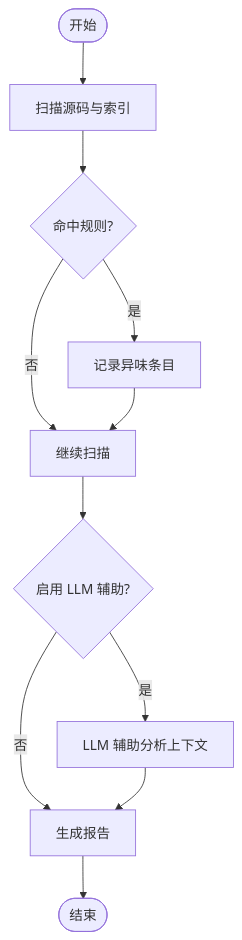
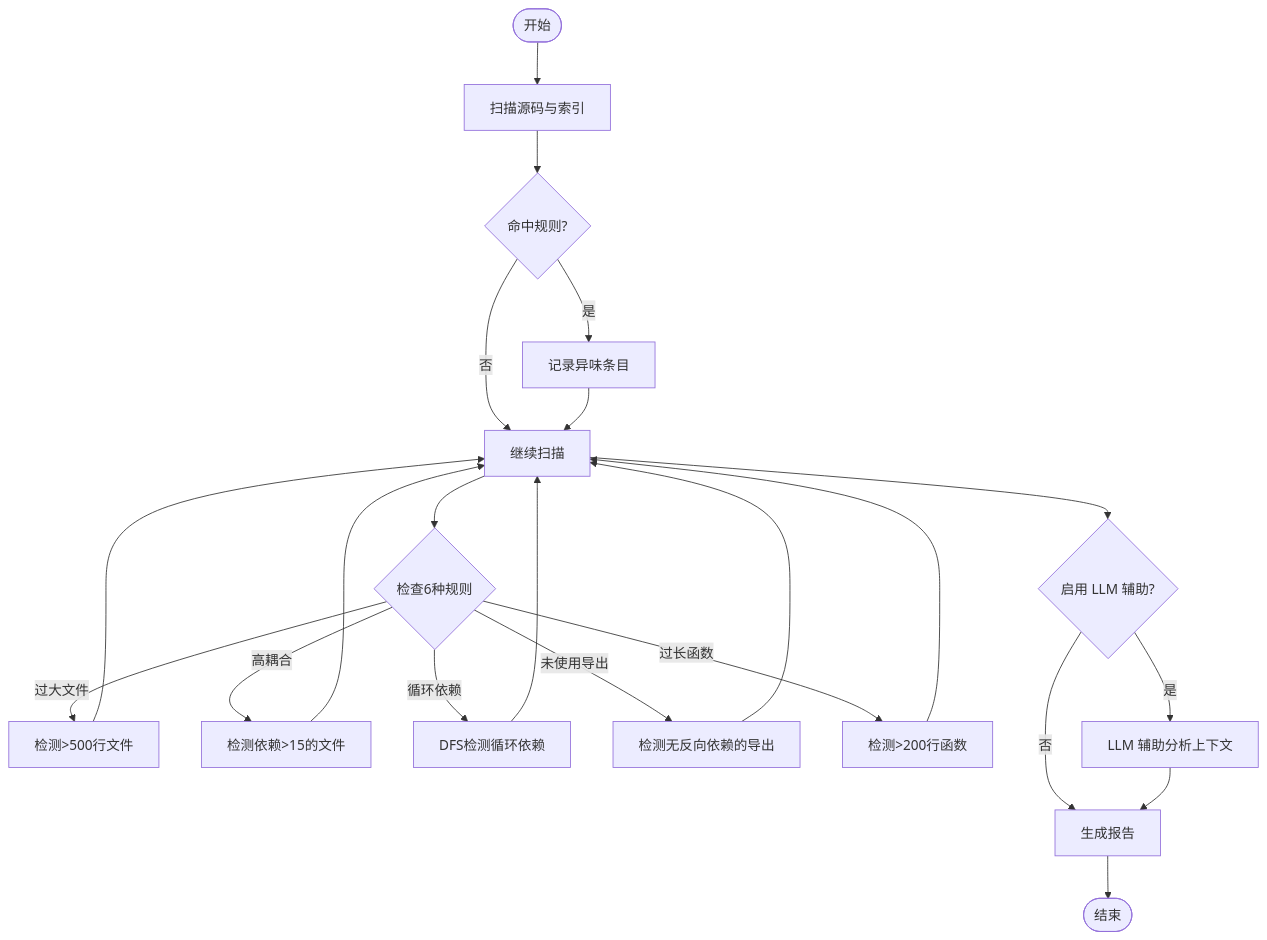
The third of 4 diagrams in .qoder/repowiki/zh/content/架构设计/代码库智能架构/代码异味检测器.md (sofate798/KodrixCode), drawn with Mermaid before and after one commit. The commit also changed other lines of this file and 46 other files, not shown here.

````diff
--- a/.qoder/repowiki/zh/content/架构设计/代码库智能架构/代码异味检测器.md
+++ b/.qoder/repowiki/zh/content/架构设计/代码库智能架构/代码异味检测器.md
@@ -114,13 +133,24 @@
 ```mermaid
 flowchart TD
 Start(["开始"]) --> Scan["扫描源码与索引"]
 Scan --> Rules{"命中规则?"}
 Rules --> |是| Record["记录异味条目"]
 Rules --> |否| Next["继续扫描"]
 Record --> Next
+Next --> Check6{"检查6种规则"}
+Check6 --> |过大文件| LargeFile["检测>500行文件"]
+Check6 --> |高耦合| HighCoupling["检测依赖>15的文件"]
+Check6 --> |循环依赖| CircularDep["DFS检测循环依赖"]
+Check6 --> |未使用导出| UnusedExport["检测无反向依赖的导出"]
+Check6 --> |过长函数| LongFunction["检测>200行函数"]
+LargeFile --> Next
+HighCoupling --> Next
+CircularDep --> Next
+UnusedExport --> Next
+LongFunction --> Next
 Next --> LLM{"启用 LLM 辅助?"}
 LLM --> |是| Analyze["LLM 辅助分析上下文"]
 LLM --> |否| Report["生成报告"]
 Analyze --> Report
 Report --> End(["结束"])
 ```
````
